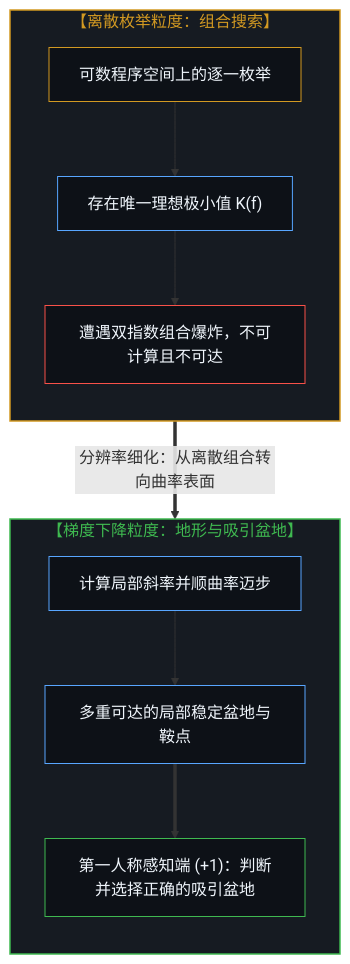
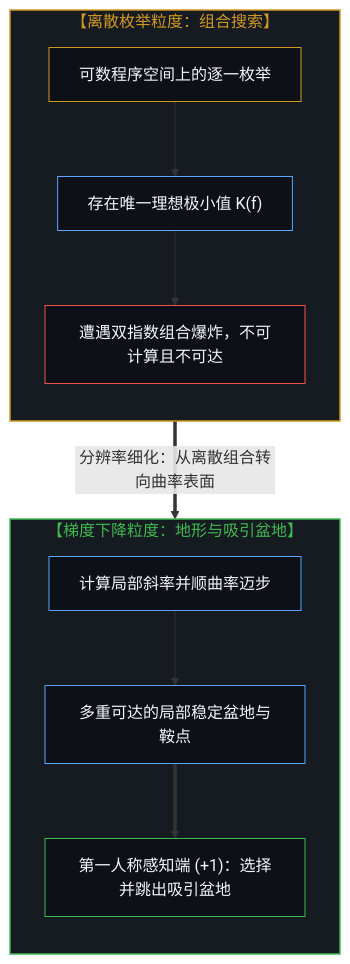
The first of 2 diagrams in content/posts/the-surface-beneath.md (powerpig99/not-a-toe), drawn with Mermaid before and after one commit. The commit also changed other lines of this file and 7 other files, not shown here.

````diff
--- a/content/posts/the-surface-beneath.md
+++ b/content/posts/the-surface-beneath.md
@@ -39,29 +39,26 @@
 ```mermaid
 flowchart TD
     subgraph S_Enum["【离散枚举粒度：组合搜索】"]
         direction TB
         Countable["可数程序空间上的逐一枚举"]
         UniqueK["存在唯一理想极小值 K(f)"]
         Blowup["遭遇双指数组合爆炸，不可计算且不可达"]
         Countable --> UniqueK --> Blowup
     end
-
     S_Enum ==>|"分辨率细化：从离散组合转向曲率表面"| S_Grad
-
     subgraph S_Grad["【梯度下降粒度：地形与吸引盆地】"]
         direction TB
         Slope["计算局部斜率并顺曲率迈步"]
         Basins["多重可达的局部稳定盆地与鞍点"]
-        HumanSense["第一人称感知端 (+1)：判断并选择正确的吸引盆地"]
+        HumanSense["第一人称感知端 (+1)：选择并跳出吸引盆地"]
         Slope --> Basins ==> HumanSense
     end
-
     style S_Enum fill:#161b22,stroke:#d29922,stroke-width:1.5px,color:#d29922
     style S_Grad fill:#161b22,stroke:#3fb950,stroke-width:1.5px,color:#3fb950
     style Countable fill:#0d1117,stroke:#d29922,stroke-width:1px,color:#f0f6fc
     style UniqueK fill:#0d1117,stroke:#58a6ff,stroke-width:1px,color:#f0f6fc
     style Blowup fill:#0d1117,stroke:#f85149,stroke-width:1px,color:#f0f6fc
     style Slope fill:#0d1117,stroke:#58a6ff,stroke-width:1px,color:#f0f6fc
     style Basins fill:#0d1117,stroke:#58a6ff,stroke-width:1px,color:#f0f6fc
     style HumanSense fill:#0d1117,stroke:#3fb950,stroke-width:1px,color:#f0f6fc
 ```
````
